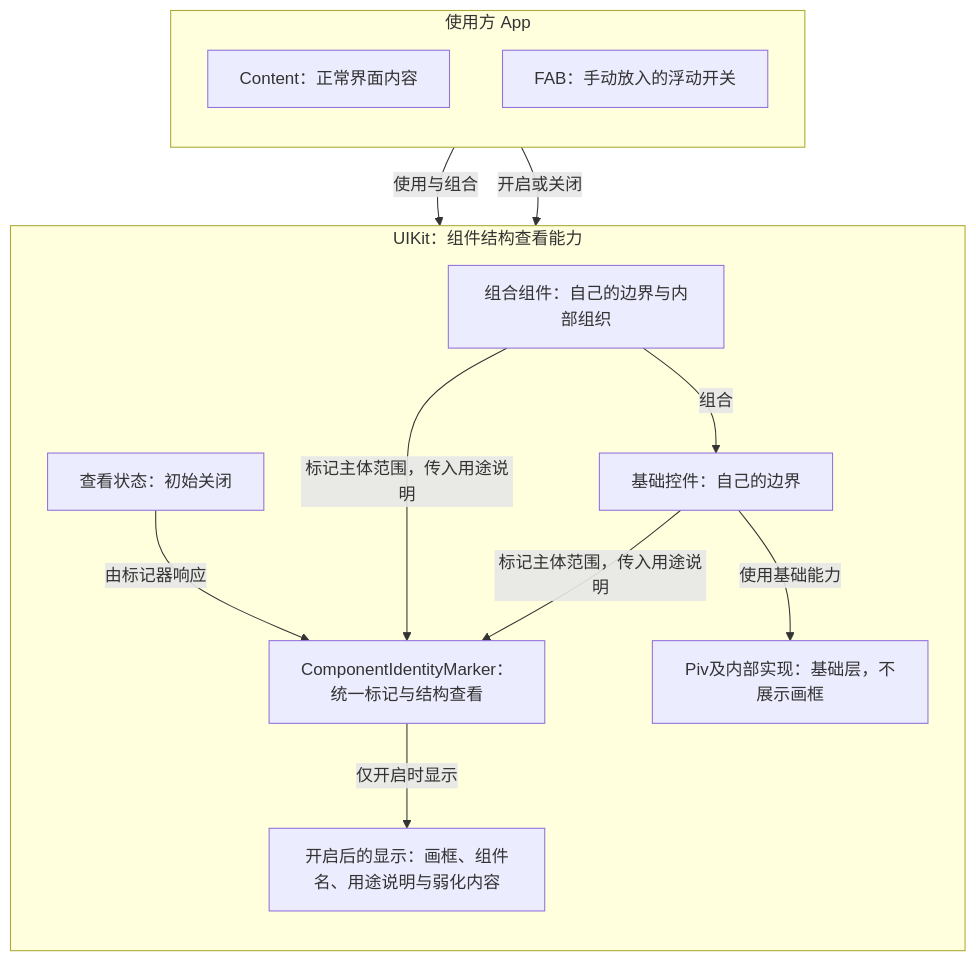
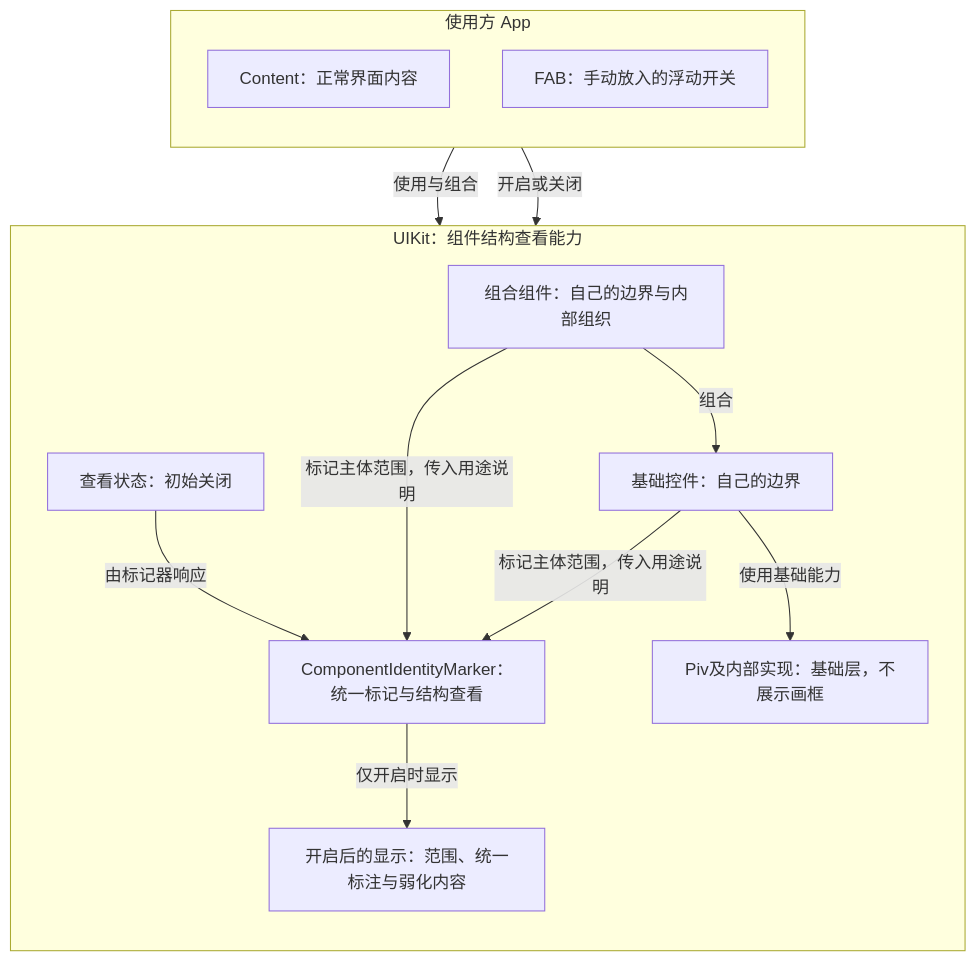
The diagram in docs/guide/组件结构查看.md (edsolater/uikit), drawn with Mermaid before and after one commit. The commit also changed other lines of this file and 50 other files, not shown here.

````diff
--- a/docs/guide/组件结构查看.md
+++ b/docs/guide/组件结构查看.md
@@ -66,25 +66,25 @@
 ```mermaid
 flowchart TB
     subgraph application[使用方 App]
         direction TB
         content[Content：正常界面内容]
         fab[FAB：手动放入的浮动开关]
     end
     subgraph toolkit[UIKit：组件结构查看能力]
         direction TB
         mode[查看状态：初始关闭]
         composed[组合组件：自己的边界与内部组织]
         controls[基础控件：自己的边界]
         marker[ComponentIdentityMarker：统一标记与结构查看]
         piv[Piv及内部实现：基础层，不展示画框]
-        view[开启后的显示：画框、组件名、用途说明与弱化内容]
+        view[开启后的显示：范围、统一标注与弱化内容]
     end
     content -->|使用与组合| composed
     composed -->|组合| controls
     controls -->|使用基础能力| piv
     fab -->|开启或关闭| mode
     composed -->|标记主体范围，传入用途说明| marker
     controls -->|标记主体范围，传入用途说明| marker
     mode -->|由标记器响应| marker
     marker -->|仅开启时显示| view
 ```
````
